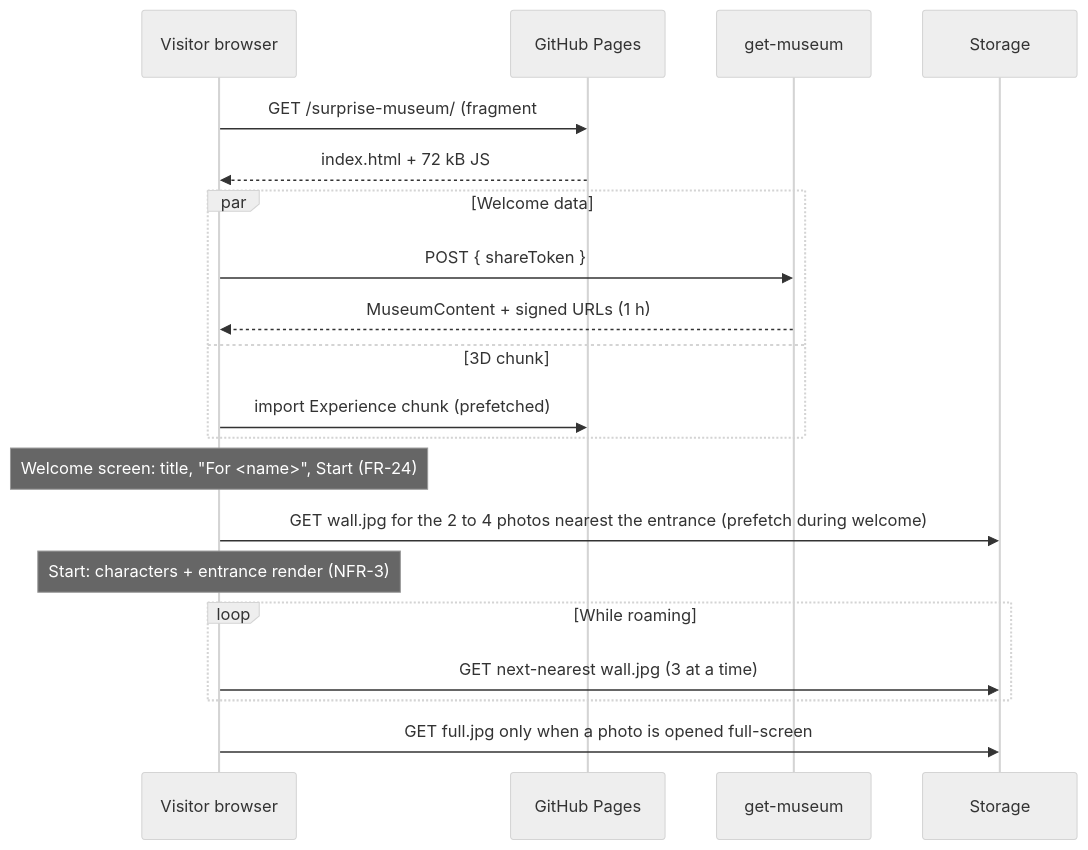
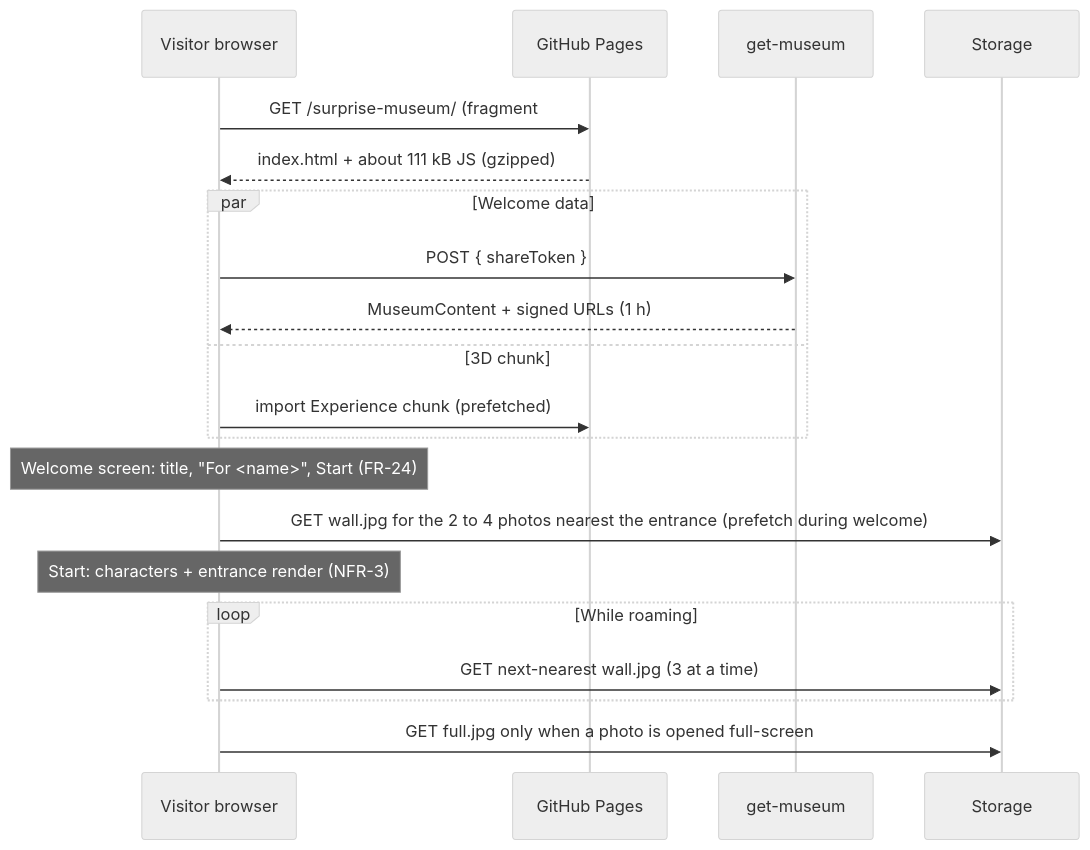
One commit to Patlu29/surprise-museum changed the second of 3 diagrams in docs/architecture.md. Above: the diagram before and after it, drawn with Mermaid (neutral theme). The commit also changed other lines of this file and 13 other files, not shown here.

First line of the commit message:
chore(arch): sync architecture v1.1 with build, live-build guard, ADRs 0014-0017

````diff
--- a/docs/architecture.md
+++ b/docs/architecture.md
@@ -156,22 +170,22 @@
 ```mermaid
 sequenceDiagram
   participant V as Visitor browser
   participant GH as GitHub Pages
   participant EF as get-museum
   participant S as Storage
   V->>GH: GET /surprise-museum/ (fragment #/m/<token> stays in the browser)
-  GH-->>V: index.html + 72 kB JS
+  GH-->>V: index.html + about 111 kB JS (gzipped)
   par Welcome data
     V->>EF: POST { shareToken }
     EF-->>V: MuseumContent + signed URLs (1 h)
   and 3D chunk
     V->>GH: import Experience chunk (prefetched)
   end
   Note over V: Welcome screen: title, "For <name>", Start (FR-24)
   V->>S: GET wall.jpg for the 2 to 4 photos nearest the entrance (prefetch during welcome)
   Note over V: Start: characters + entrance render (NFR-3)
   loop While roaming
     V->>S: GET next-nearest wall.jpg (3 at a time)
   end
   V->>S: GET full.jpg only when a photo is opened full-screen
 ```
````
